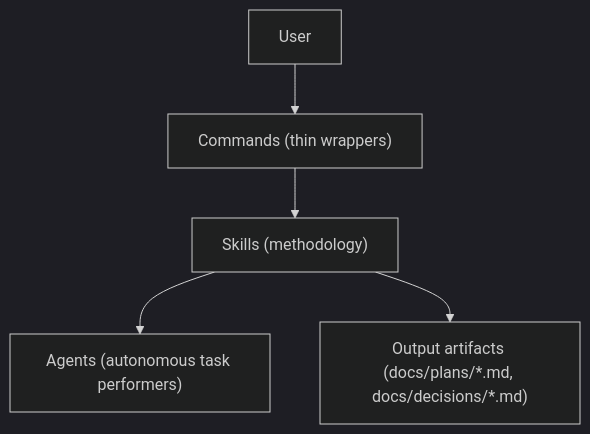
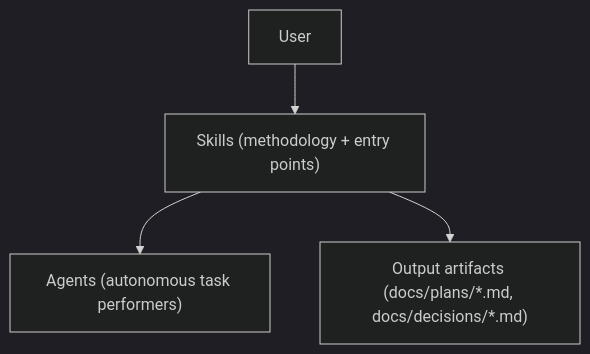
One commit to bostonaholic/rpikit changed the first of 5 diagrams in docs/architecture.md. Above: the diagram before and after it, drawn with Mermaid (dark theme). The commit also changed other lines of this file and 17 other files, not shown here.

````diff
--- a/docs/architecture.md
+++ b/docs/architecture.md
@@ -96,7 +80,6 @@
 ```mermaid
 graph TD
-    User --> Commands["Commands (thin wrappers)"]
-    Commands --> Skills["Skills (methodology)"]
+    User --> Skills["Skills (methodology + entry points)"]
     Skills --> Agents["Agents (autonomous task performers)"]
     Skills --> Output["Output artifacts (docs/plans/*.md, docs/decisions/*.md)"]
 ```
````
